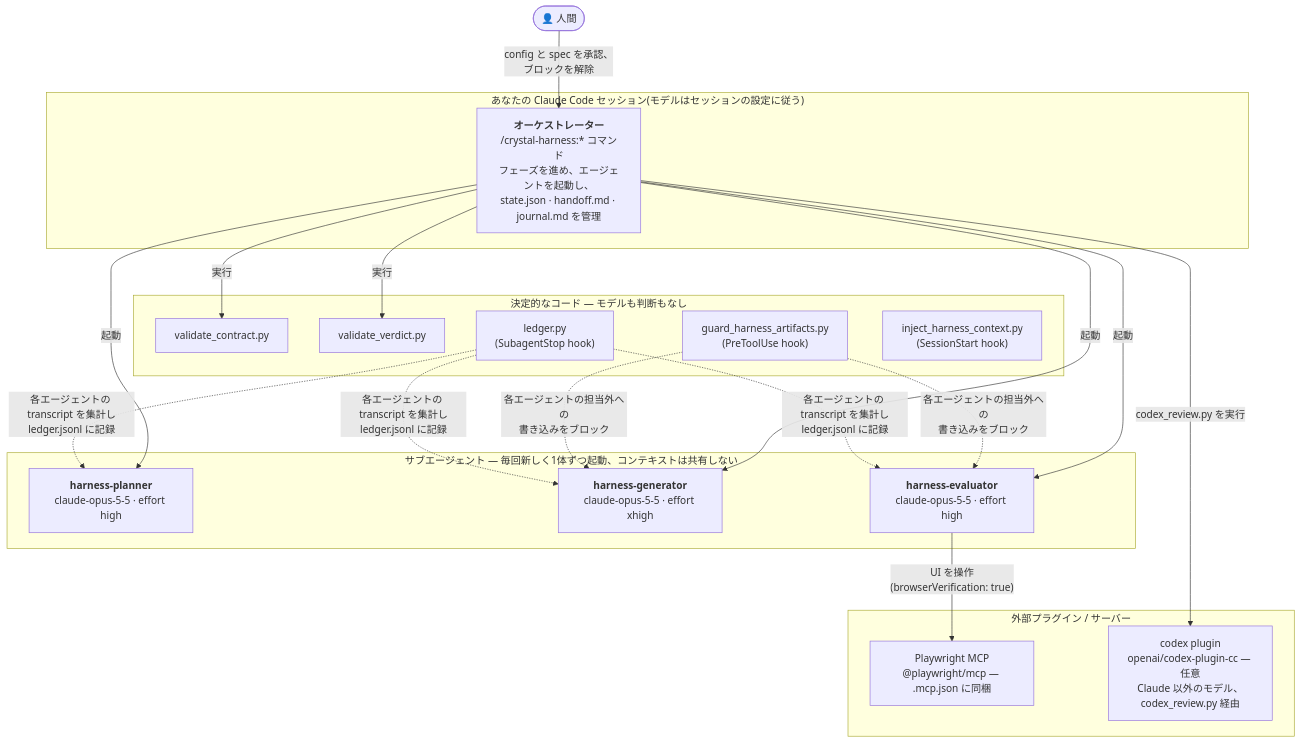
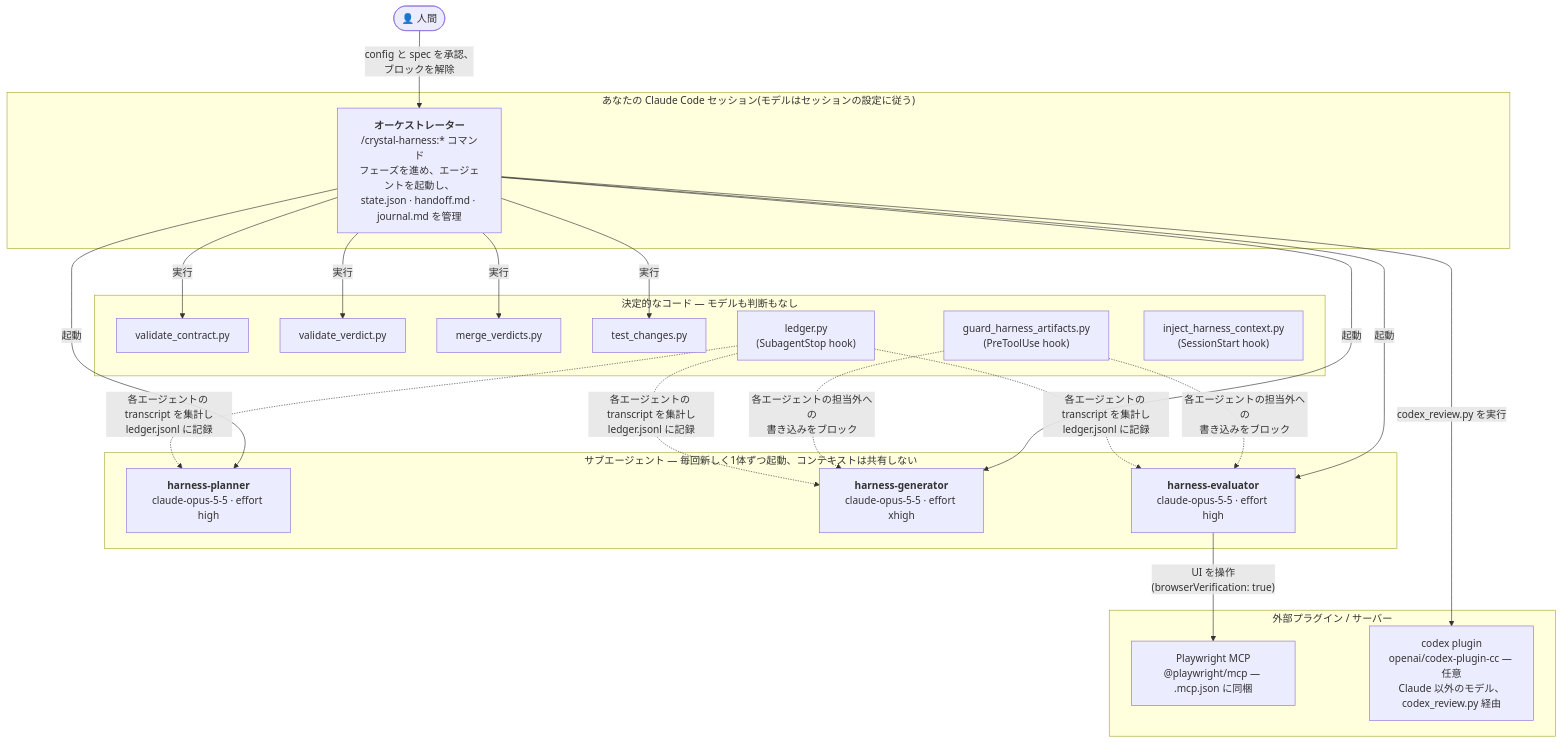
One commit to YukiTominaga/claude-harness changed the first of 3 diagrams in README.ja.md. Above: the diagram before and after it, drawn with Mermaid. The commit also changed other lines of this file and 27 other files, not shown here.

````diff
--- a/README.ja.md
+++ b/README.ja.md
@@ -32,35 +32,37 @@
 ```mermaid
 flowchart TB
     human(["👤 人間"])
 
     subgraph session["あなたの Claude Code セッション(モデルはセッションの設定に従う)"]
         orch["<b>オーケストレーター</b><br/>/crystal-harness:* コマンド<br/>フェーズを進め、エージェントを起動し、<br/>state.json · handoff.md · journal.md を管理"]
     end
 
     subgraph agents["サブエージェント — 毎回新しく1体ずつ起動、コンテキストは共有しない"]
         planner["<b>harness-planner</b><br/>claude-opus-5-5 · effort high"]
         gen["<b>harness-generator</b><br/>claude-opus-5-5 · effort xhigh"]
         evalr["<b>harness-evaluator</b><br/>claude-opus-5-5 · effort high"]
     end
 
     subgraph det["決定的なコード — モデルも判断もなし"]
         vc["validate_contract.py"]
         vv["validate_verdict.py"]
+        mv["merge_verdicts.py"]
+        tc["test_changes.py"]
         led["ledger.py<br/>(SubagentStop hook)"]
         guard["guard_harness_artifacts.py<br/>(PreToolUse hook)"]
         inject["inject_harness_context.py<br/>(SessionStart hook)"]
     end
 
     subgraph ext["外部プラグイン / サーバー"]
         pw["Playwright MCP<br/>@playwright/mcp — .mcp.json に同梱"]
         codex["codex plugin<br/>openai/codex-plugin-cc — 任意<br/>Claude 以外のモデル、codex_review.py 経由"]
     end
 
     human -- "config と spec を承認、<br/>ブロックを解除" --> orch
     orch -- 起動 --> planner & gen & evalr
-    orch -- 実行 --> vc & vv
+    orch -- 実行 --> vc & vv & mv & tc
     orch -- "codex_review.py を実行" --> codex
     evalr -- "UI を操作<br/>(browserVerification: true)" --> pw
     guard -. "各エージェントの担当外への<br/>書き込みをブロック" .-> gen & evalr
     led -. "各エージェントの transcript を集計し<br/>ledger.jsonl に記録" .-> planner & gen & evalr
 ```
````
